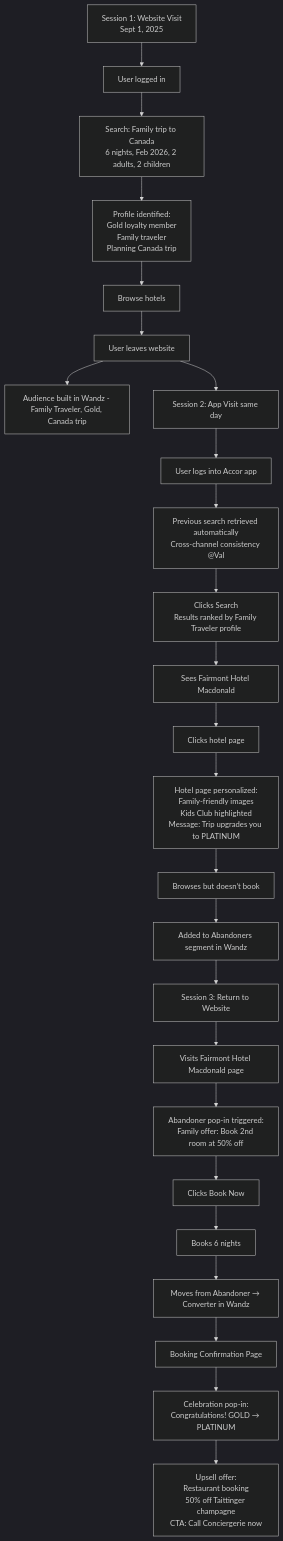
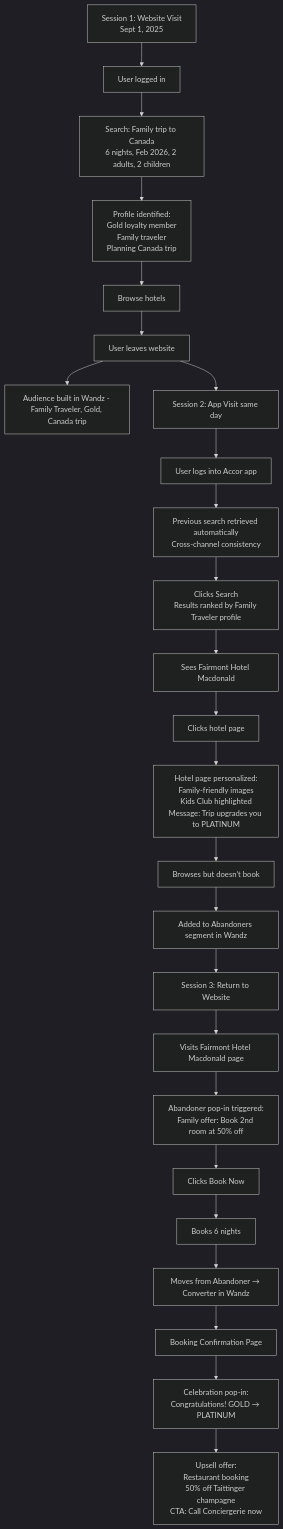
The diagram in README.md (valoudefou/personalisation-hospotality-travel-app), drawn with Mermaid (dark theme) before and after one commit.

Commit message:
Remove '@Val' from cross-channel consistency note

````diff
--- a/README.md
+++ b/README.md
@@ -1,34 +1,34 @@
 ```mermaid
 flowchart TD
     %% Session 1 - Website
     A1[Session 1: Website Visit<br>Sept 1, 2025] --> B1[User logged in]
     B1 --> C1[Search: Family trip to Canada<br>6 nights, Feb 2026, 2 adults, 2 children]
     C1 --> D1[Profile identified:<br>Gold loyalty member<br>Family traveler<br>Planning Canada trip]
     D1 --> E1[Browse hotels]
     E1 --> F1[User leaves website]
     F1 --> G1[Audience built in Wandz - Family Traveler, Gold, Canada trip]
 
     %% Session 2 - App Visit
     F1 --> A2[Session 2: App Visit same day]
     A2 --> B2[User logs into Accor app]
-    B2 --> C2[Previous search retrieved automatically<br>Cross-channel consistency @Val]
+    B2 --> C2[Previous search retrieved automatically<br>Cross-channel consistency]
     C2 --> D2[Clicks Search<br>Results ranked by Family Traveler profile]
     D2 --> E2[Sees Fairmont Hotel Macdonald]
     E2 --> F2[Clicks hotel page]
     F2 --> G2[Hotel page personalized:<br>Family-friendly images<br>Kids Club highlighted<br>Message: Trip upgrades you to PLATINUM]
     G2 --> H2[Browses but doesn’t book]
     H2 --> I2[Added to Abandoners segment in Wandz]
 
     %% Session 3 - Return to Website
     I2 --> A3[Session 3: Return to Website]
     A3 --> B3[Visits Fairmont Hotel Macdonald page]
     B3 --> C3[Abandoner pop-in triggered:<br>Family offer: Book 2nd room at 50% off]
     C3 --> D3[Clicks Book Now]
     D3 --> E3[Books 6 nights]
     E3 --> F3[Moves from Abandoner → Converter in Wandz]
 
     %% Confirmation & Upsell
     F3 --> G3[Booking Confirmation Page]
     G3 --> H3[Celebration pop-in:<br>Congratulations! GOLD → PLATINUM]
     H3 --> I3[Upsell offer:<br>Restaurant booking<br>50% off Taittinger champagne<br>CTA: Call Conciergerie now]
 ```
````
